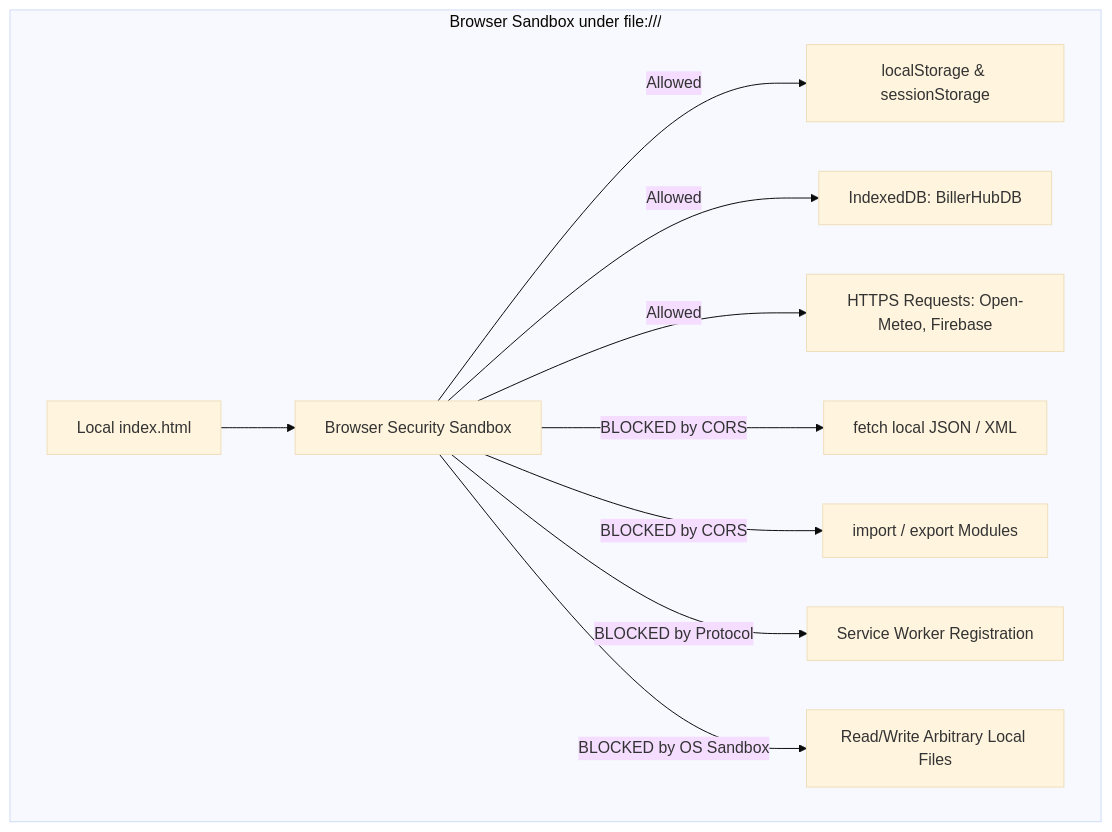
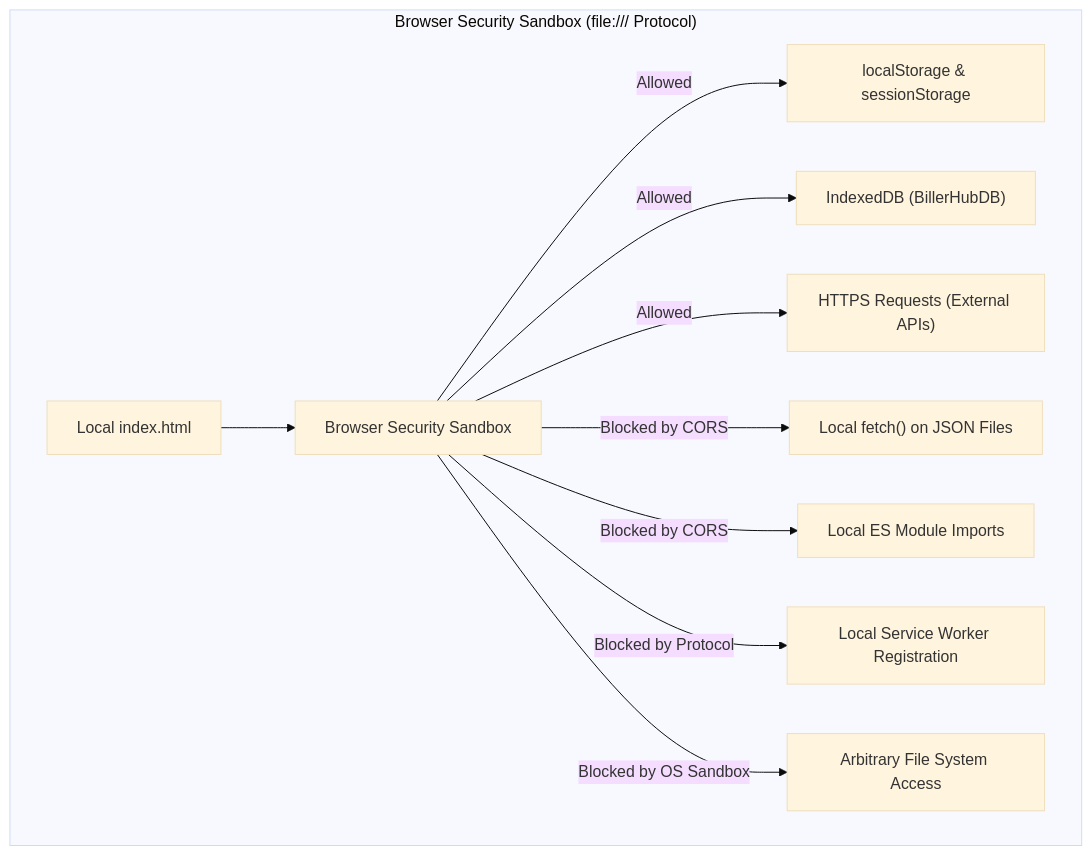
Before and after one commit to Harshil8136/chess-game1: the fifth of 7 diagrams in synced-docs/cf-admin/documentation/archive/DO NOT SCAN!/SYSTEM_PERFORMANCE_AND_SECURITY.md, drawn with Mermaid (base theme). The commit also changed other lines of this file and 4 other files, not shown here.

````diff
--- a/synced-docs/cf-admin/documentation/archive/DO NOT SCAN!/SYSTEM_PERFORMANCE_AND_SECURITY.md
+++ b/synced-docs/cf-admin/documentation/archive/DO NOT SCAN!/SYSTEM_PERFORMANCE_AND_SECURITY.md
@@ -274,13 +261,13 @@
 ```mermaid
 flowchart TD
-    subgraph Browser Sandbox under file:///
-        LocalFile[Local index.html] --> Sandbox[Browser Security Sandbox]
-        Sandbox -->|Allowed| WebStorage[localStorage & sessionStorage]
-        Sandbox -->|Allowed| IDB[IndexedDB: BillerHubDB]
-        Sandbox -->|Allowed| OutboundHTTPS[HTTPS Requests: Open-Meteo, Firebase]
-        Sandbox -->|BLOCKED by CORS| LocalFetch[fetch local JSON / XML]
-        Sandbox -->|BLOCKED by CORS| ESModules[import / export Modules]
-        Sandbox -->|BLOCKED by Protocol| ServiceWorker[Service Worker Registration]
-        Sandbox -->|BLOCKED by OS Sandbox| DiskAccess[Read/Write Arbitrary Local Files]
+    subgraph BrowserSandbox ["Browser Security Sandbox (file:/// Protocol)"]
+        LocalFile["Local index.html"] --> Sandbox["Browser Security Sandbox"]
+        Sandbox -->|Allowed| WebStorage["localStorage & sessionStorage"]
+        Sandbox -->|Allowed| IDB["IndexedDB (BillerHubDB)"]
+        Sandbox -->|Allowed| OutboundHTTPS["HTTPS Requests (External APIs)"]
+        Sandbox -->|Blocked by CORS| LocalFetch["Local fetch() on JSON Files"]
+        Sandbox -->|Blocked by CORS| ESModules["Local ES Module Imports"]
+        Sandbox -->|Blocked by Protocol| ServiceWorker["Local Service Worker Registration"]
+        Sandbox -->|Blocked by OS Sandbox| DiskAccess["Arbitrary File System Access"]
     end
 ```
````
